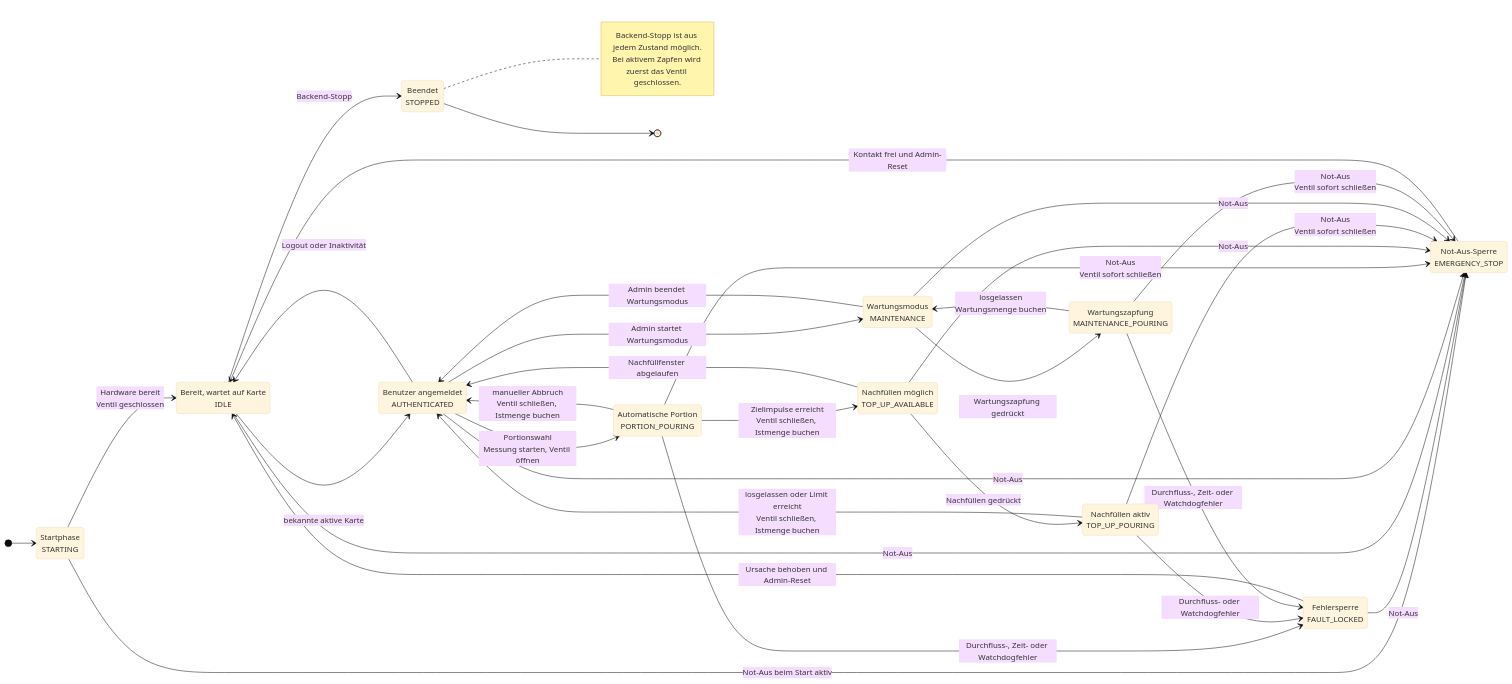
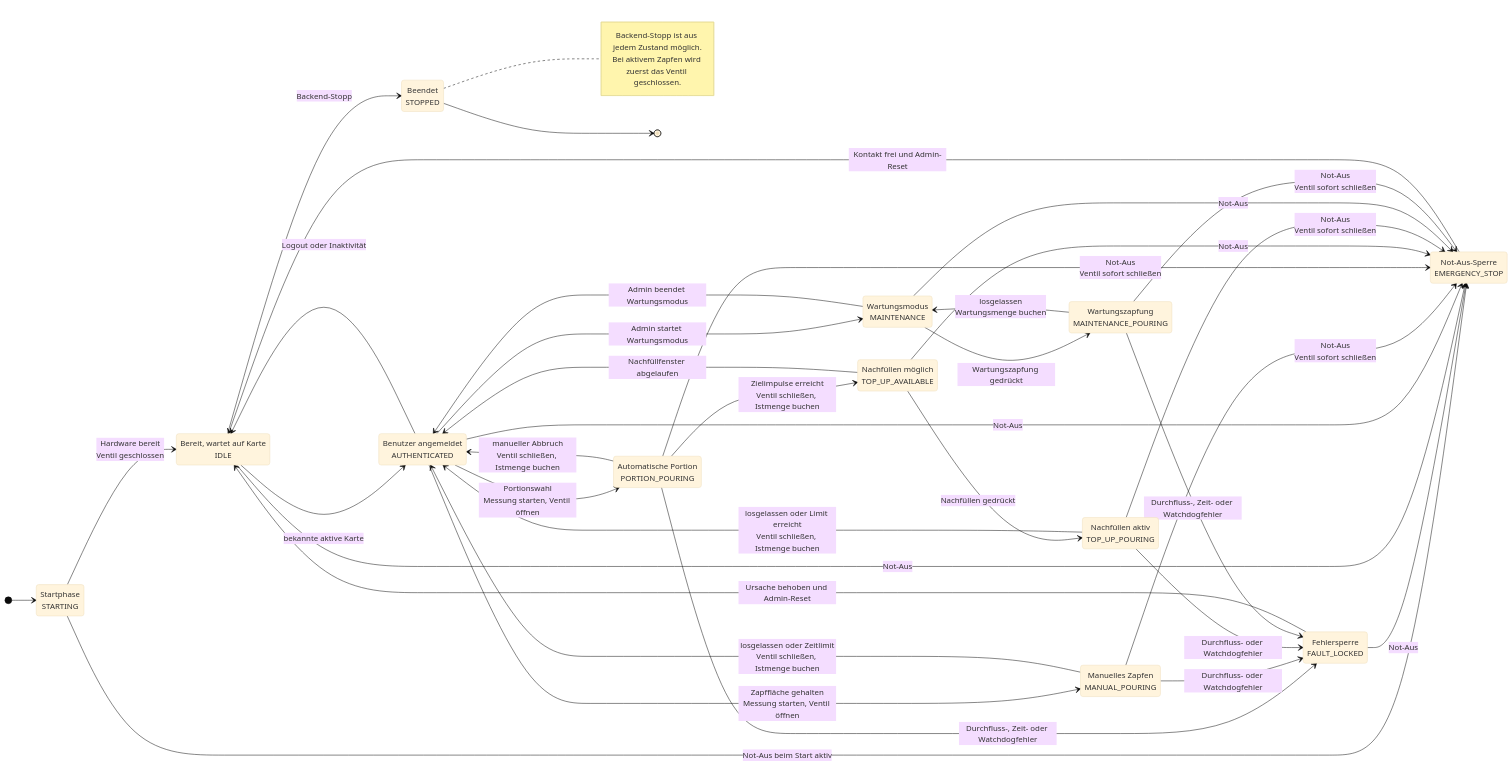
The diagram in docs/architecture/tap-state-machine.md (nemai09/zunder_zapfe), drawn with Mermaid (base theme) before and after one commit. The commit also changed other lines of this file and 29 other files, not shown here.

````diff
--- a/docs/architecture/tap-state-machine.md
+++ b/docs/architecture/tap-state-machine.md
@@ -9,58 +9,64 @@
 ```mermaid
 stateDiagram-v2
     direction LR
 
     state "Startphase<br/>STARTING" as STARTING
     state "Bereit, wartet auf Karte<br/>IDLE" as IDLE
     state "Benutzer angemeldet<br/>AUTHENTICATED" as AUTHENTICATED
+    state "Manuelles Zapfen<br/>MANUAL_POURING" as MANUAL_POURING
     state "Automatische Portion<br/>PORTION_POURING" as PORTION_POURING
     state "Nachfüllen möglich<br/>TOP_UP_AVAILABLE" as TOP_UP_AVAILABLE
     state "Nachfüllen aktiv<br/>TOP_UP_POURING" as TOP_UP_POURING
     state "Wartungsmodus<br/>MAINTENANCE" as MAINTENANCE
     state "Wartungszapfung<br/>MAINTENANCE_POURING" as MAINTENANCE_POURING
     state "Fehlersperre<br/>FAULT_LOCKED" as FAULT_LOCKED
     state "Not-Aus-Sperre<br/>EMERGENCY_STOP" as EMERGENCY_STOP
     state "Beendet<br/>STOPPED" as STOPPED
 
     [*] --> STARTING
     STARTING --> IDLE: Hardware bereit<br/>Ventil geschlossen
     STARTING --> EMERGENCY_STOP: Not-Aus beim Start aktiv
 
     IDLE --> AUTHENTICATED: bekannte aktive Karte
     AUTHENTICATED --> IDLE: Logout oder Inaktivität
 
+    AUTHENTICATED --> MANUAL_POURING: Zapffläche gehalten<br/>Messung starten, Ventil öffnen
+    MANUAL_POURING --> AUTHENTICATED: losgelassen oder Zeitlimit<br/>Ventil schließen, Istmenge buchen
+
     AUTHENTICATED --> PORTION_POURING: Portionswahl<br/>Messung starten, Ventil öffnen
     PORTION_POURING --> TOP_UP_AVAILABLE: Zielimpulse erreicht<br/>Ventil schließen, Istmenge buchen
     PORTION_POURING --> AUTHENTICATED: manueller Abbruch<br/>Ventil schließen, Istmenge buchen
 
     TOP_UP_AVAILABLE --> TOP_UP_POURING: Nachfüllen gedrückt
     TOP_UP_AVAILABLE --> AUTHENTICATED: Nachfüllfenster abgelaufen
     TOP_UP_POURING --> AUTHENTICATED: losgelassen oder Limit erreicht<br/>Ventil schließen, Istmenge buchen
 
     AUTHENTICATED --> MAINTENANCE: Admin startet Wartungsmodus
     MAINTENANCE --> MAINTENANCE_POURING: Wartungszapfung gedrückt
     MAINTENANCE_POURING --> MAINTENANCE: losgelassen<br/>Wartungsmenge buchen
     MAINTENANCE --> AUTHENTICATED: Admin beendet Wartungsmodus
 
     PORTION_POURING --> FAULT_LOCKED: Durchfluss-, Zeit- oder Watchdogfehler
+    MANUAL_POURING --> FAULT_LOCKED: Durchfluss- oder Watchdogfehler
     TOP_UP_POURING --> FAULT_LOCKED: Durchfluss- oder Watchdogfehler
     MAINTENANCE_POURING --> FAULT_LOCKED: Durchfluss-, Zeit- oder Watchdogfehler
     FAULT_LOCKED --> IDLE: Ursache behoben und Admin-Reset
     FAULT_LOCKED --> EMERGENCY_STOP: Not-Aus
 
     IDLE --> EMERGENCY_STOP: Not-Aus
     AUTHENTICATED --> EMERGENCY_STOP: Not-Aus
+    MANUAL_POURING --> EMERGENCY_STOP: Not-Aus<br/>Ventil sofort schließen
     PORTION_POURING --> EMERGENCY_STOP: Not-Aus<br/>Ventil sofort schließen
     TOP_UP_AVAILABLE --> EMERGENCY_STOP: Not-Aus
     TOP_UP_POURING --> EMERGENCY_STOP: Not-Aus<br/>Ventil sofort schließen
     MAINTENANCE --> EMERGENCY_STOP: Not-Aus
     MAINTENANCE_POURING --> EMERGENCY_STOP: Not-Aus<br/>Ventil sofort schließen
     EMERGENCY_STOP --> IDLE: Kontakt frei und Admin-Reset
 
     IDLE --> STOPPED: Backend-Stopp
     note right of STOPPED
         Backend-Stopp ist aus jedem Zustand möglich.
         Bei aktivem Zapfen wird zuerst das Ventil geschlossen.
     end note
     STOPPED --> [*]
 ```
````
